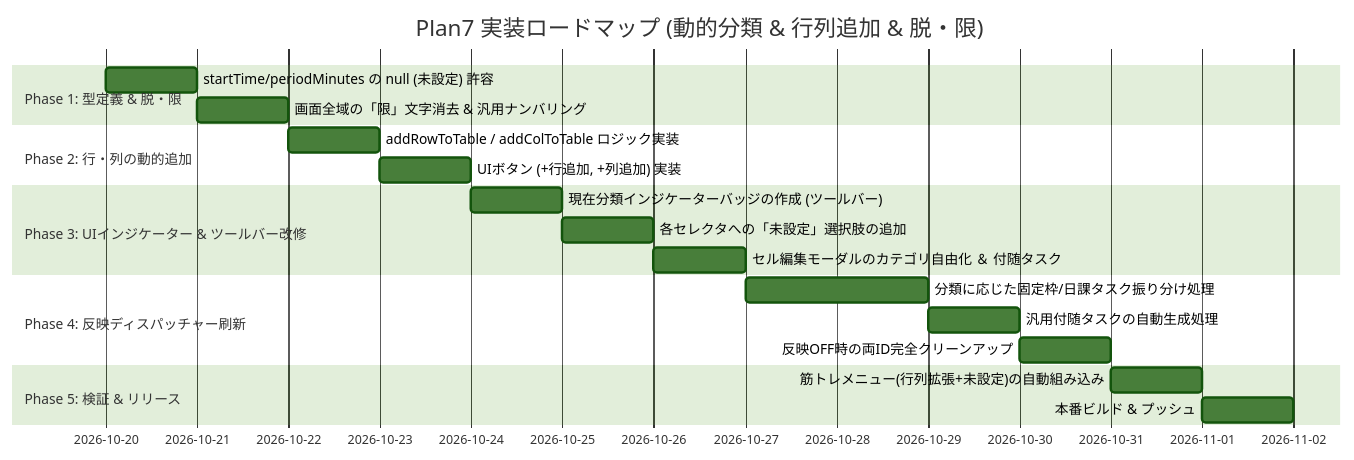
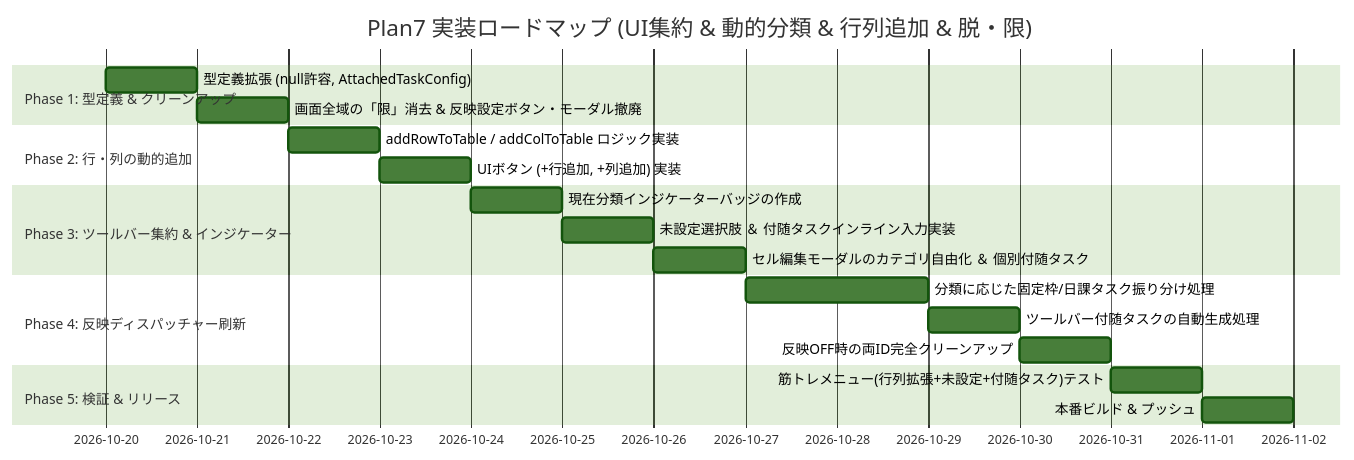
The third of 3 diagrams in Plan7.md (chku25062-sketch/creation_1), drawn with Mermaid (forest theme) before and after one commit. The commit also changed other lines of this file, not shown here.

Commit message:
docs: streamline Plan7.md removing apply settings button and inlining attached tasks into toolbar

````diff
--- a/Plan7.md
+++ b/Plan7.md
@@ -373,22 +255,22 @@
 ```mermaid
 gantt
-    title Plan7 実装ロードマップ (動的分類 & 行列追加 & 脱・限)
+    title Plan7 実装ロードマップ (UI集約 & 動的分類 & 行列追加 & 脱・限)
     dateFormat  YYYY-MM-DD
-    section Phase 1: 型定義 & 脱・限
-    startTime/periodMinutes の null (未設定) 許容 :p1_1, 2026-10-20, 1d
-    画面全域の「限」文字消去 & 汎用ナンバリング   :p1_2, after p1_1, 1d
+    section Phase 1: 型定義 & クリーンアップ
+    型定義拡張 (null許容, AttachedTaskConfig)    :p1_1, 2026-10-20, 1d
+    画面全域の「限」消去 & 反映設定ボタン・モーダル撤廃 :p1_2, after p1_1, 1d
     section Phase 2: 行・列の動的追加
     addRowToTable / addColToTable ロジック実装    :p2_1, after p1_2, 1d
     UIボタン (+行追加, +列追加) 実装              :p2_2, after p2_1, 1d
-    section Phase 3: UIインジケーター & ツールバー改修
-    現在分類インジケーターバッジの作成 (ツールバー) :p3_1, after p2_2, 1d
-    各セレクタへの「未設定」選択肢の追加           :p3_2, after p3_1, 1d
-    セル編集モーダルのカテゴリ自由化 ＆ 付随タスク :p3_3, after p3_2, 1d
+    section Phase 3: ツールバー集約 & インジケーター
+    現在分類インジケーターバッジの作成             :p3_1, after p2_2, 1d
+    未設定選択肢 ＆ 付随タスクインライン入力実装   :p3_2, after p3_1, 1d
+    セル編集モーダルのカテゴリ自由化 ＆ 個別付随タスク :p3_3, after p3_2, 1d
     section Phase 4: 反映ディスパッチャー刷新
     分類に応じた固定枠/日課タスク振り分け処理     :p4_1, after p3_3, 2d
-    汎用付随タスクの自動生成処理                   :p4_2, after p4_1, 1d
+    ツールバー付随タスクの自動生成処理             :p4_2, after p4_1, 1d
     反映OFF時の両ID完全クリーンアップ             :p4_3, after p4_2, 1d
     section Phase 5: 検証 & リリース
-    筋トレメニュー(行列拡張+未設定)の自動組み込み :p5_1, after p4_3, 1d
+    筋トレメニュー(行列拡張+未設定+付随タスク)テスト :p5_1, after p4_3, 1d
     本番ビルド & プッシュ                         :p5_2, after p5_1, 1d
 ```
````
